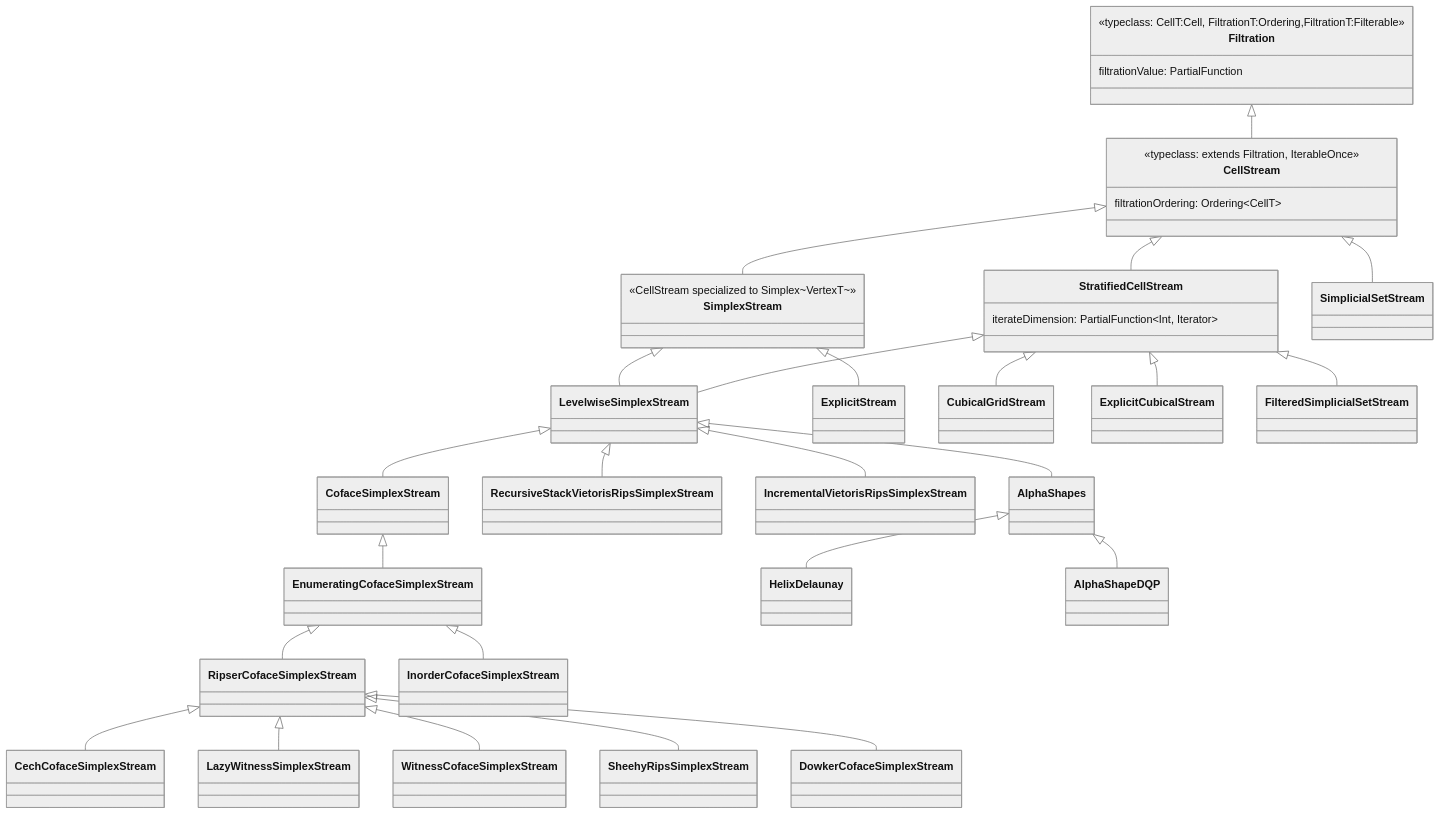
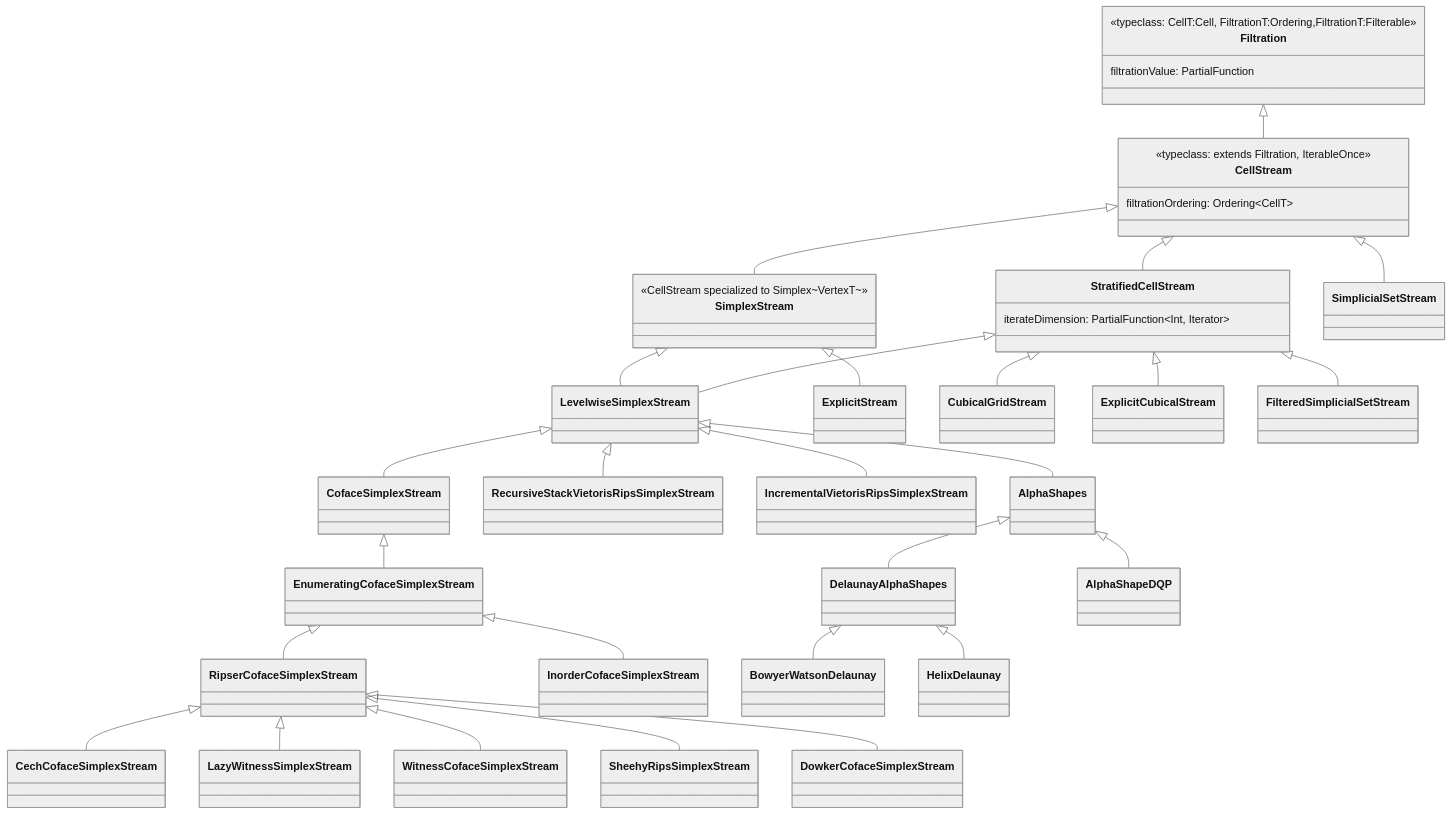
The fourth of 7 diagrams in _docs/developers-guide/class-diagrams.md (appliedtopology/tda4j), drawn with Mermaid (neutral theme) before and after one commit. The commit also changed other lines of this file and 15 other files, not shown here.

First line of the commit message:
Alpha: BowyerWatson backend, the default for points in up to 4 dimensions

````diff
--- a/_docs/developers-guide/class-diagrams.md
+++ b/_docs/developers-guide/class-diagrams.md
@@ -122,41 +122,43 @@
 ```mermaid
 classDiagram
     class Filtration {
         <<typeclass: CellT:Cell, FiltrationT:Ordering,FiltrationT:Filterable>>
         filtrationValue: PartialFunction
     }
     class CellStream {
         <<typeclass: extends Filtration, IterableOnce>>
         filtrationOrdering: Ordering~CellT~
     }
     class SimplexStream {
         <<CellStream specialized to Simplex~VertexT~>>
     }
     class StratifiedCellStream {
         iterateDimension: PartialFunction~Int, Iterator~
     }
     Filtration <|-- CellStream
     CellStream <|-- SimplexStream
     CellStream <|-- StratifiedCellStream
     SimplexStream <|-- LevelwiseSimplexStream
     StratifiedCellStream <|-- LevelwiseSimplexStream
     LevelwiseSimplexStream <|-- CofaceSimplexStream
     CofaceSimplexStream <|-- EnumeratingCofaceSimplexStream
     EnumeratingCofaceSimplexStream <|-- RipserCofaceSimplexStream
     RipserCofaceSimplexStream <|-- CechCofaceSimplexStream
     RipserCofaceSimplexStream <|-- LazyWitnessSimplexStream
     RipserCofaceSimplexStream <|-- WitnessCofaceSimplexStream
     RipserCofaceSimplexStream <|-- SheehyRipsSimplexStream
     RipserCofaceSimplexStream <|-- DowkerCofaceSimplexStream
     EnumeratingCofaceSimplexStream <|-- InorderCofaceSimplexStream
     SimplexStream <|-- ExplicitStream
     LevelwiseSimplexStream <|-- RecursiveStackVietorisRipsSimplexStream
     LevelwiseSimplexStream <|-- IncrementalVietorisRipsSimplexStream
     LevelwiseSimplexStream <|-- AlphaShapes
-    AlphaShapes <|-- HelixDelaunay
+    AlphaShapes <|-- DelaunayAlphaShapes
+    DelaunayAlphaShapes <|-- BowyerWatsonDelaunay
+    DelaunayAlphaShapes <|-- HelixDelaunay
     AlphaShapes <|-- AlphaShapeDQP
     StratifiedCellStream <|-- CubicalGridStream
     StratifiedCellStream <|-- ExplicitCubicalStream
     CellStream <|-- SimplicialSetStream
     StratifiedCellStream <|-- FilteredSimplicialSetStream
 ```
````
